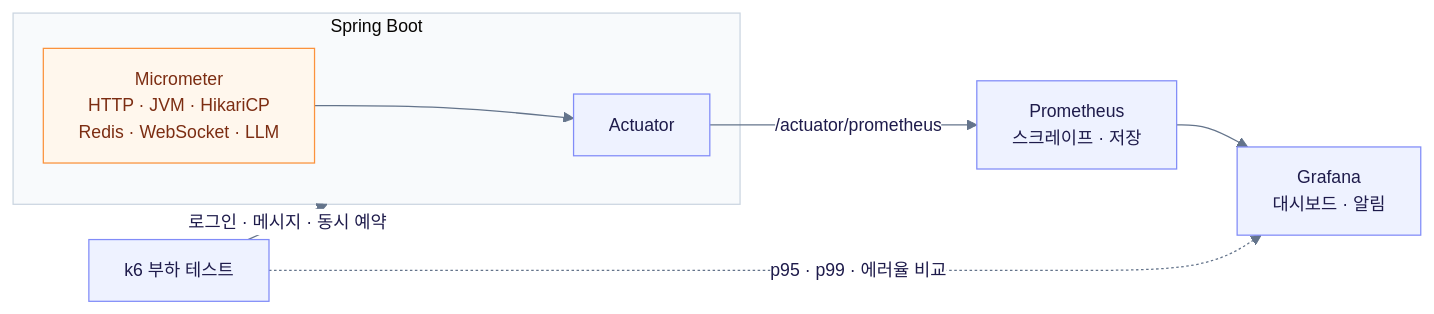
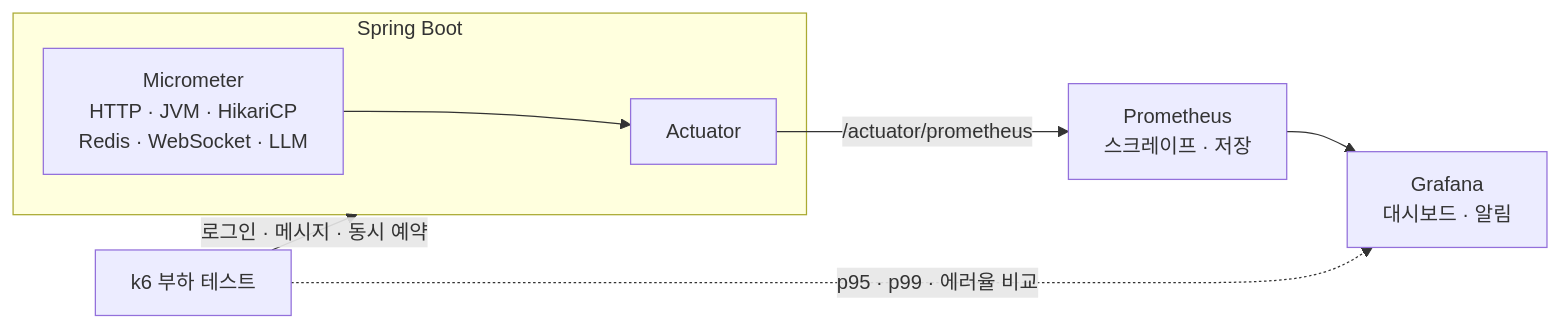
Before and after one commit to wjsgusdn12/naverworks_clone_api: diagram 12 of 15 in README.md, drawn with Mermaid. The commit also changed other lines of this file and 26 other files, not shown here.

````diff
--- a/README.md
+++ b/README.md
@@ -963,73 +455,24 @@
 ```mermaid
 ---
 config:
-  theme: base
-  fontFamily: "Pretendard, Malgun Gothic, Apple SD Gothic Neo, Noto Sans KR, sans-serif"
   markdownAutoWrap: false
   flowchart:
     curve: basis
     padding: 14
     nodeSpacing: 36
     rankSpacing: 48
     wrappingWidth: 800
-  themeVariables:
-    fontSize: 14px
-    primaryColor: "#eef2ff"
-    primaryTextColor: "#1e1b4b"
-    primaryBorderColor: "#818cf8"
-    secondaryColor: "#f0f9ff"
-    secondaryBorderColor: "#7dd3fc"
-    tertiaryColor: "#f8fafc"
-    tertiaryBorderColor: "#cbd5e1"
-    lineColor: "#64748b"
-    textColor: "#1e293b"
-    clusterBkg: "#f8fafc"
-    clusterBorder: "#cbd5e1"
-    edgeLabelBackground: "#ffffff"
-    nodeBorder: "#818cf8"
-    mainBkg: "#eef2ff"
-    actorBkg: "#eef2ff"
-    actorBorder: "#818cf8"
-    actorTextColor: "#1e1b4b"
-    actorLineColor: "#cbd5e1"
-    signalColor: "#334155"
-    signalTextColor: "#334155"
-    labelBoxBkgColor: "#f1f5f9"
-    labelBoxBorderColor: "#cbd5e1"
-    noteBkgColor: "#fef3c7"
-    noteBorderColor: "#fbbf24"
-    noteTextColor: "#78350f"
-    activationBkgColor: "#e0e7ff"
-    activationBorderColor: "#818cf8"
-    cScale0: "#6366f1"
-    cScale1: "#0ea5e9"
-    cScale2: "#10b981"
-    cScale3: "#f59e0b"
-    cScale4: "#ec4899"
-    cScaleLabel0: "#ffffff"
-    cScaleLabel1: "#ffffff"
-    cScaleLabel2: "#ffffff"
-    cScaleLabel3: "#ffffff"
-    cScaleLabel4: "#ffffff"
-    attributeBackgroundColorEven: "#f8fafc"
-    attributeBackgroundColorOdd: "#ffffff"
 ---
 flowchart LR
     subgraph App["Spring Boot"]
         Act["Actuator"]
         Mic["Micrometer<br/>HTTP · JVM · HikariCP<br/>Redis · WebSocket · LLM"]
     end
     Prom["Prometheus<br/>스크레이프 · 저장"]
     Graf["Grafana<br/>대시보드 · 알림"]
     Load["k6 부하 테스트"]
 
     Mic --> Act -->|"/actuator/prometheus"| Prom --> Graf
     Load -->|"로그인 · 메시지 · 동시 예약"| App
     Load -.->|"p95 · p99 · 에러율 비교"| Graf
-    classDef store fill:#ecfdf5,stroke:#34d399,color:#064e3b
-    classDef focus fill:#4f46e5,stroke:#4338ca,color:#ffffff,font-weight:bold
-    classDef store fill:#ecfdf5,stroke:#34d399,color:#064e3b
-    classDef external fill:#fff7ed,stroke:#fb923c,color:#7c2d12
-    classDef focus fill:#4f46e5,stroke:#4338ca,color:#ffffff,font-weight:bold
-    class Mic external
 ```
````
